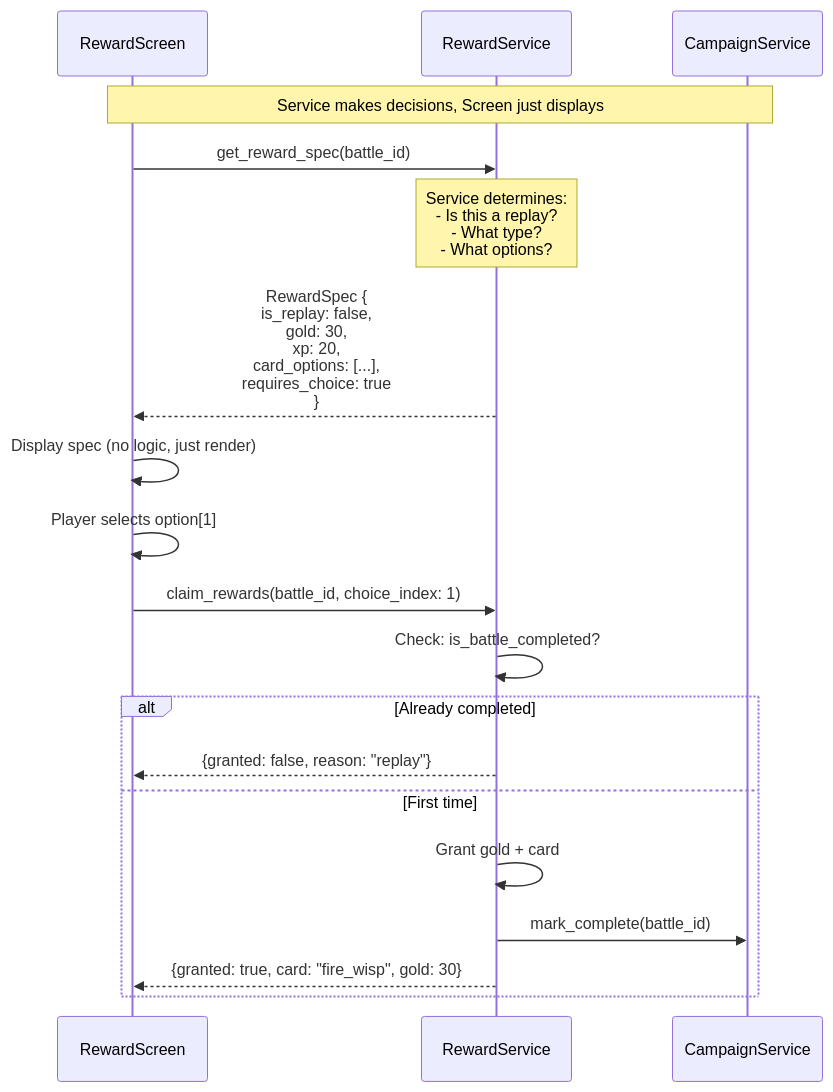
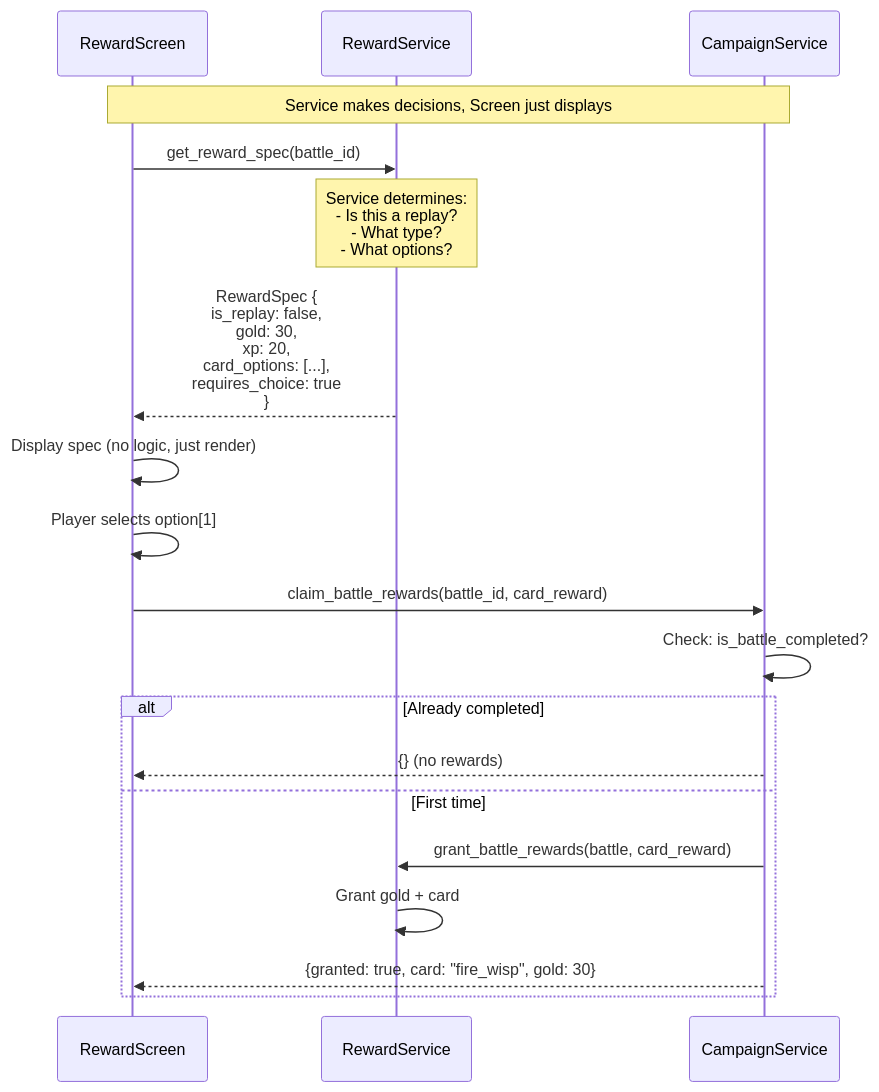
The second of 2 diagrams in docs/technical/reward-system-architecture.md (amari-charles/project-summoner), drawn with Mermaid before and after one commit. The commit also changed other lines of this file and 2 other files, not shown here.

First line of the commit message:
polish: PR review fixes for reward system

````diff
--- a/docs/technical/reward-system-architecture.md
+++ b/docs/technical/reward-system-architecture.md
@@ -183,29 +72,29 @@
 ```mermaid
 sequenceDiagram
     participant Screen as RewardScreen
     participant RS as RewardService
     participant CS as CampaignService
 
     Note over Screen,CS: Service makes decisions, Screen just displays
 
     Screen->>RS: get_reward_spec(battle_id)
 
     Note over RS: Service determines:<br/>- Is this a replay?<br/>- What type?<br/>- What options?
 
     RS-->>Screen: RewardSpec {<br/>  is_replay: false,<br/>  gold: 30,<br/>  xp: 20,<br/>  card_options: [...],<br/>  requires_choice: true<br/>}
 
     Screen->>Screen: Display spec (no logic, just render)
     Screen->>Screen: Player selects option[1]
 
-    Screen->>RS: claim_rewards(battle_id, choice_index: 1)
+    Screen->>CS: claim_battle_rewards(battle_id, card_reward)
 
-    RS->>RS: Check: is_battle_completed?
+    CS->>CS: Check: is_battle_completed?
 
     alt Already completed
-        RS-->>Screen: {granted: false, reason: "replay"}
+        CS-->>Screen: {} (no rewards)
     else First time
+        CS->>RS: grant_battle_rewards(battle, card_reward)
         RS->>RS: Grant gold + card
-        RS->>CS: mark_complete(battle_id)
-        RS-->>Screen: {granted: true, card: "fire_wisp", gold: 30}
+        CS-->>Screen: {granted: true, card: "fire_wisp", gold: 30}
     end
 ```
````
